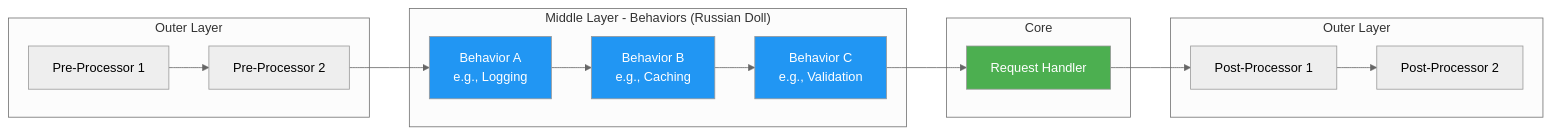
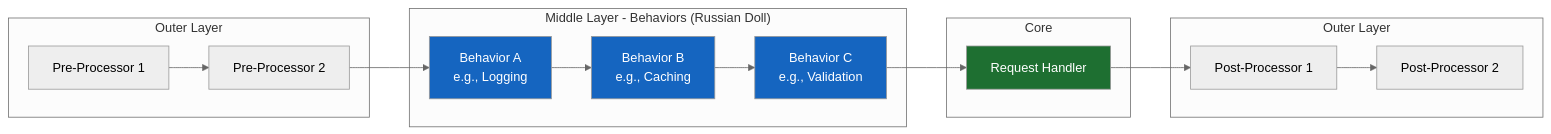
One commit to dlrivada/Encina changed the fourth of 7 diagrams in docs/architecture/component-diagram.md. Above: the diagram before and after it, drawn with Mermaid (neutral theme). The commit also changed other lines of this file and 6 other files, not shown here.

First line of the commit message:
docs: replace hardcoded light-mode Mermaid colors with dark equivalents

````diff
--- a/docs/architecture/component-diagram.md
+++ b/docs/architecture/component-diagram.md
@@ -232,35 +232,35 @@
 ```mermaid
 graph LR
     subgraph "Outer Layer"
         PreProc1[Pre-Processor 1]
         PreProc2[Pre-Processor 2]
     end
 
     subgraph "Middle Layer - Behaviors (Russian Doll)"
         Behavior1[Behavior A<br/>e.g., Logging]
         Behavior2[Behavior B<br/>e.g., Caching]
         Behavior3[Behavior C<br/>e.g., Validation]
     end
 
     subgraph "Core"
         Handler[Request Handler]
     end
 
     subgraph "Outer Layer"
         PostProc1[Post-Processor 1]
         PostProc2[Post-Processor 2]
     end
 
     PreProc1 --> PreProc2
     PreProc2 --> Behavior1
     Behavior1 --> Behavior2
     Behavior2 --> Behavior3
     Behavior3 --> Handler
     Handler --> PostProc1
     PostProc1 --> PostProc2
 
-    style Handler fill:#4caf50,color:#fff
-    style Behavior1 fill:#2196f3,color:#fff
-    style Behavior2 fill:#2196f3,color:#fff
-    style Behavior3 fill:#2196f3,color:#fff
+    style Handler fill:#1e6f31,color:#fff
+    style Behavior1 fill:#1565c0,color:#fff
+    style Behavior2 fill:#1565c0,color:#fff
+    style Behavior3 fill:#1565c0,color:#fff
 ```
````
